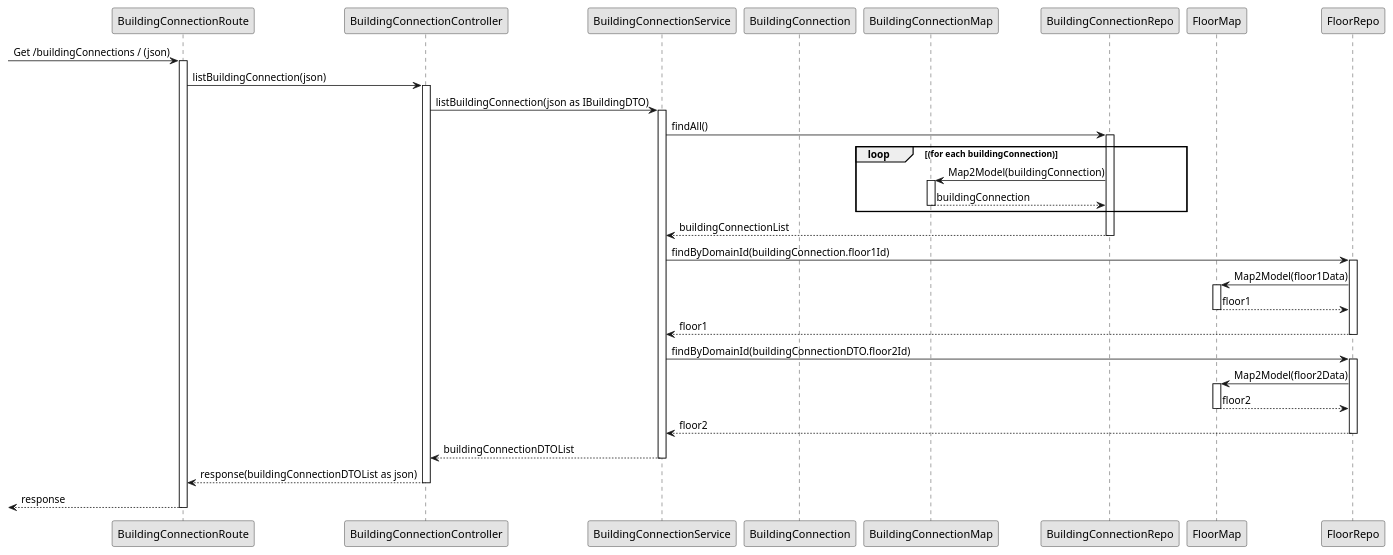
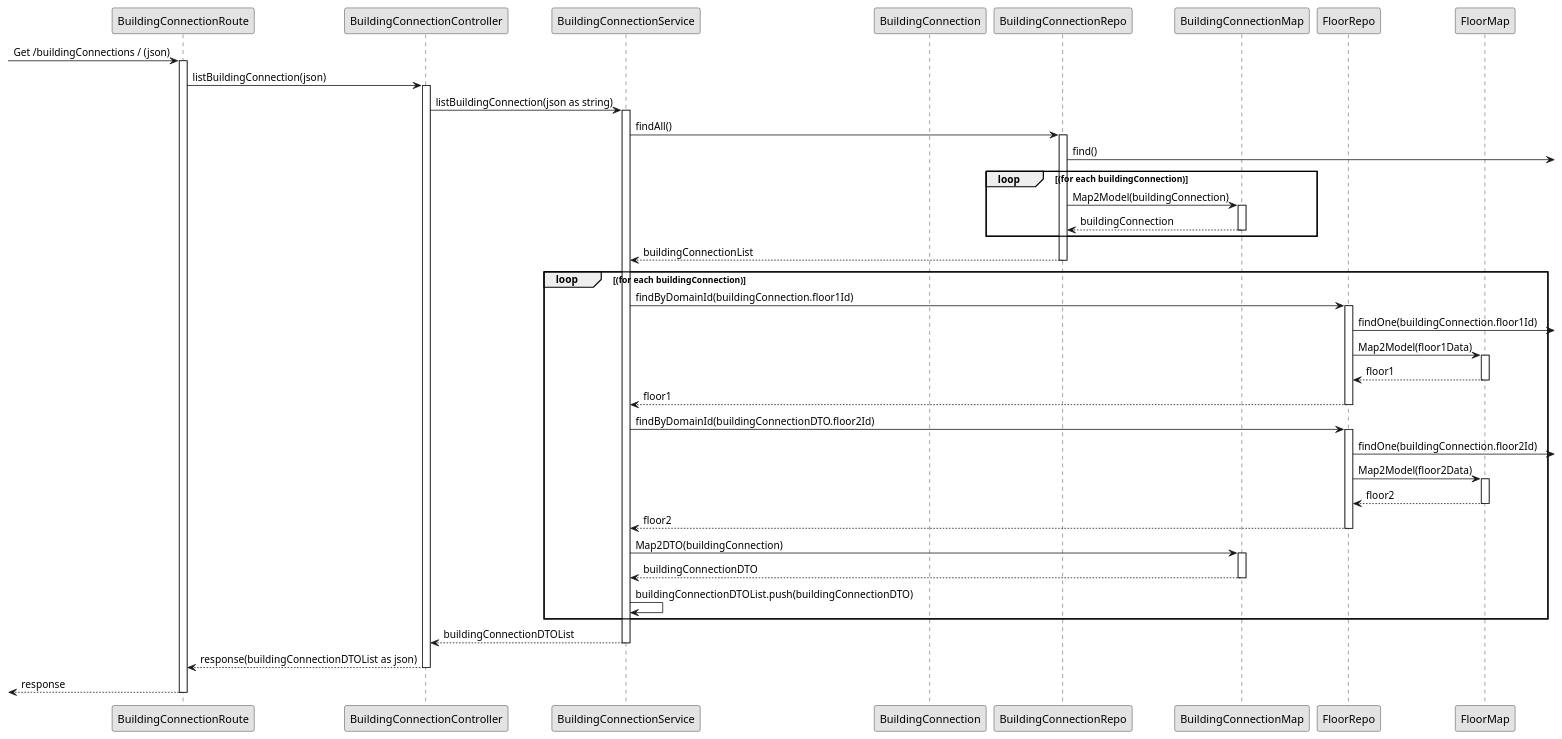
One commit to 1201293/sem5pi-23-24-68 changed the diagram in WikiMasterDataDevices/Vista Processos/US260/n3vp-us260.puml. Above: the diagram before and after it, drawn with PlantUML. The commit also changed 8 other files, not shown here.

```diff
--- a/WikiMasterDataDevices/Vista Processos/US260/n3vp-us260.puml
+++ b/WikiMasterDataDevices/Vista Processos/US260/n3vp-us260.puml
@@ -1,58 +1,68 @@
 @startuml
 'http://plantuml.com/skinparam.html
 skinparam monochrome true
 skinparam packageStyle rect
 skinparam shadowing false
 
 
 participant BuildingConnectionRoute  as route
 participant BuildingConnectionController as controller
 participant BuildingConnectionService as service
 participant BuildingConnection as domain
+participant BuildingConnectionRepo as repo
 participant BuildingConnectionMap as mapper
-participant BuildingConnectionRepo as repo
+participant FloorRepo as repoFloor
 participant FloorMap as mapperFloor
-participant FloorRepo as repoFloor
 
 
 
 -> route: Get /buildingConnections / (json)
 activate route
   route -> controller: listBuildingConnection(json)
   activate controller
-    controller -> service: listBuildingConnection(json as IBuildingDTO)
+    controller -> service: listBuildingConnection(json as string)
     activate service
     service -> repo: findAll()
     activate repo
+    repo -> : find()
     loop (for each buildingConnection)
     repo -> mapper: Map2Model(buildingConnection)
     activate mapper
     mapper --> repo: buildingConnection
     deactivate
     end loop
     repo --> service: buildingConnectionList
     deactivate
+    loop (for each buildingConnection)
     service -> repoFloor: findByDomainId(buildingConnection.floor1Id)
     activate repoFloor
+    repoFloor -> : findOne(buildingConnection.floor1Id)
     repoFloor -> mapperFloor: Map2Model(floor1Data)
     activate mapperFloor
     mapperFloor --> repoFloor: floor1
     deactivate
     repoFloor --> service: floor1
     deactivate
     service -> repoFloor: findByDomainId(buildingConnectionDTO.floor2Id)
     activate repoFloor
+    repoFloor -> : findOne(buildingConnection.floor2Id)
     repoFloor -> mapperFloor: Map2Model(floor2Data)
     activate mapperFloor
     mapperFloor --> repoFloor: floor2
     deactivate
     repoFloor --> service: floor2
     deactivate
+    service -> mapper: Map2DTO(buildingConnection)
+    activate mapper
+    mapper --> service: buildingConnectionDTO
+    deactivate
+    service -> service: buildingConnectionDTOList.push(buildingConnectionDTO)
+    end loop
     service --> controller: buildingConnectionDTOList
     deactivate
     controller --> route: response(buildingConnectionDTOList as json)
     deactivate
     <-- route: response
     deactivate
 
 @enduml
```
